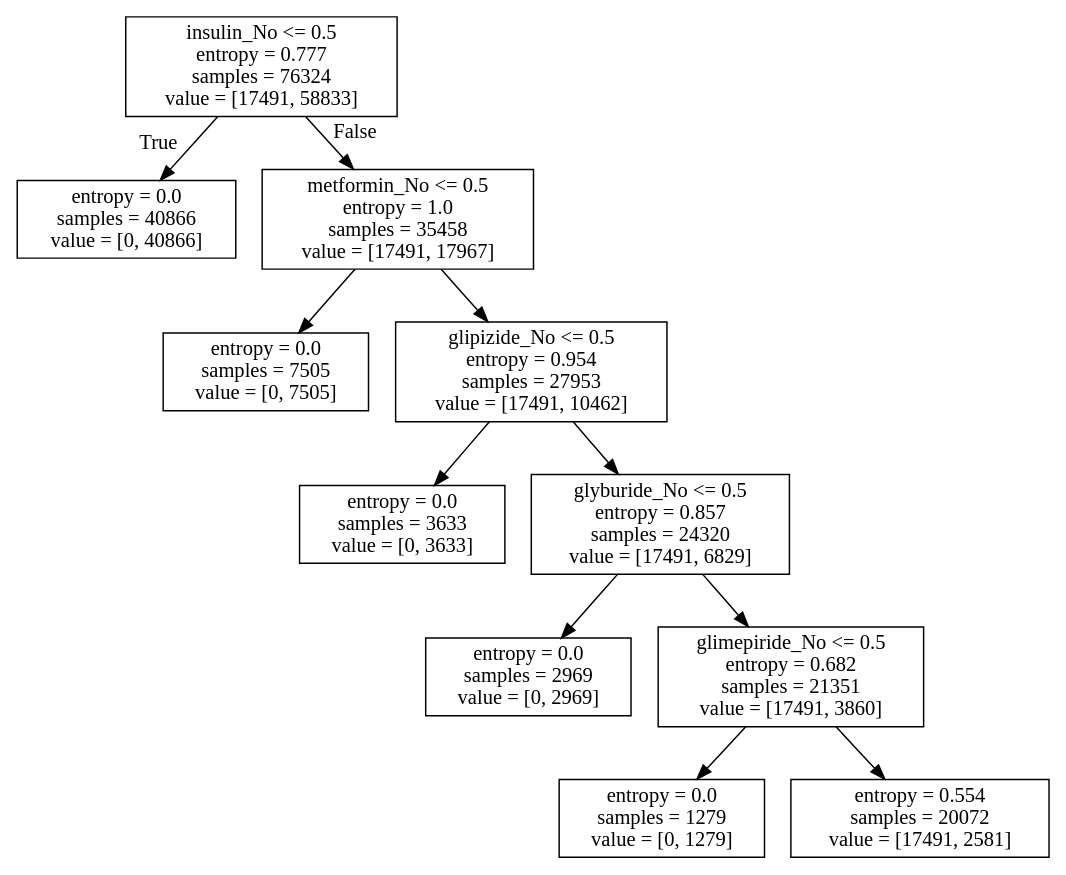
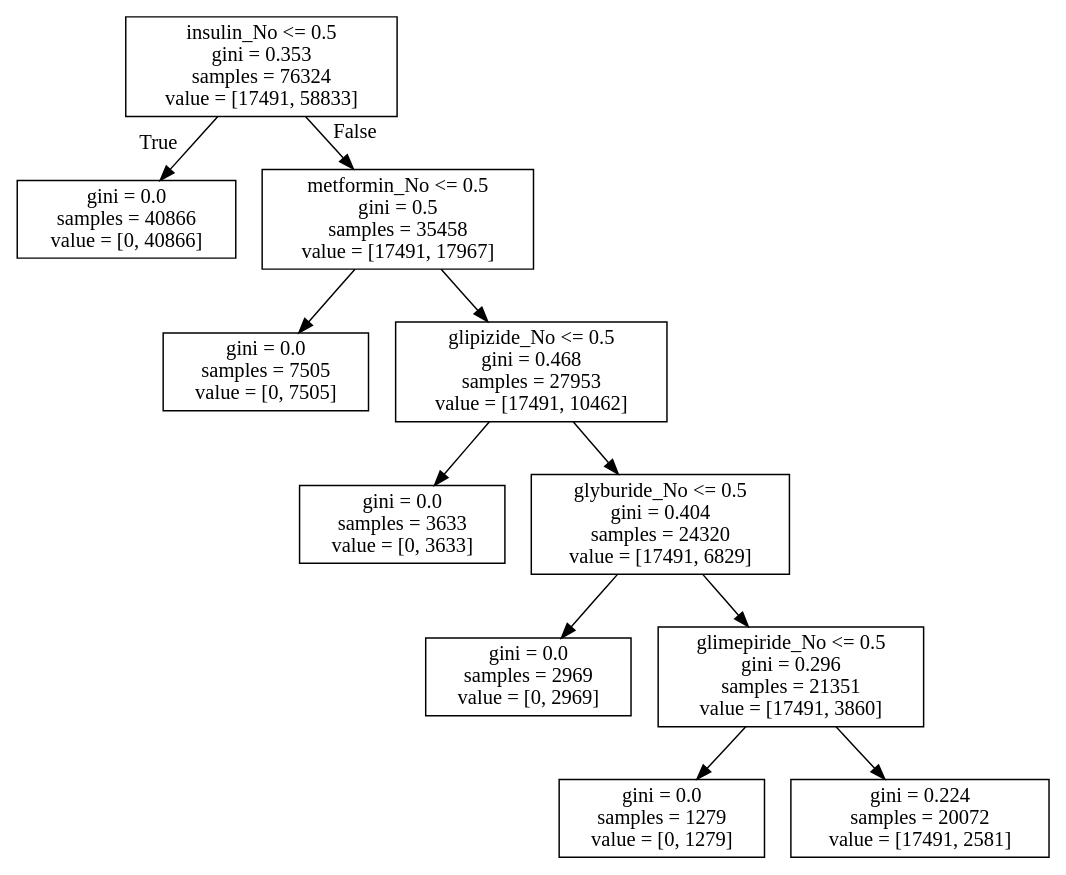
Before and after one commit to ml-medics/diabetes-ml-study: the diagram in diabetes.dot, drawn with Graphviz. The commit also changed 8 other files, not shown here.

```diff
--- a/diabetes.dot
+++ b/diabetes.dot
@@ -1,24 +1,24 @@
 digraph Tree {
 node [shape=box] ;
-0 [label="insulin_No <= 0.5\nentropy = 0.777\nsamples = 76324\nvalue = [17491, 58833]"] ;
-1 [label="entropy = 0.0\nsamples = 40866\nvalue = [0, 40866]"] ;
+0 [label="insulin_No <= 0.5\ngini = 0.353\nsamples = 76324\nvalue = [17491, 58833]"] ;
+1 [label="gini = 0.0\nsamples = 40866\nvalue = [0, 40866]"] ;
 0 -> 1 [labeldistance=2.5, labelangle=45, headlabel="True"] ;
-2 [label="metformin_No <= 0.5\nentropy = 1.0\nsamples = 35458\nvalue = [17491, 17967]"] ;
+2 [label="metformin_No <= 0.5\ngini = 0.5\nsamples = 35458\nvalue = [17491, 17967]"] ;
 0 -> 2 [labeldistance=2.5, labelangle=-45, headlabel="False"] ;
-3 [label="entropy = 0.0\nsamples = 7505\nvalue = [0, 7505]"] ;
+3 [label="gini = 0.0\nsamples = 7505\nvalue = [0, 7505]"] ;
 2 -> 3 ;
-4 [label="glipizide_No <= 0.5\nentropy = 0.954\nsamples = 27953\nvalue = [17491, 10462]"] ;
+4 [label="glipizide_No <= 0.5\ngini = 0.468\nsamples = 27953\nvalue = [17491, 10462]"] ;
 2 -> 4 ;
-5 [label="entropy = 0.0\nsamples = 3633\nvalue = [0, 3633]"] ;
+5 [label="gini = 0.0\nsamples = 3633\nvalue = [0, 3633]"] ;
 4 -> 5 ;
-6 [label="glyburide_No <= 0.5\nentropy = 0.857\nsamples = 24320\nvalue = [17491, 6829]"] ;
+6 [label="glyburide_No <= 0.5\ngini = 0.404\nsamples = 24320\nvalue = [17491, 6829]"] ;
 4 -> 6 ;
-7 [label="entropy = 0.0\nsamples = 2969\nvalue = [0, 2969]"] ;
+7 [label="gini = 0.0\nsamples = 2969\nvalue = [0, 2969]"] ;
 6 -> 7 ;
-8 [label="glimepiride_No <= 0.5\nentropy = 0.682\nsamples = 21351\nvalue = [17491, 3860]"] ;
+8 [label="glimepiride_No <= 0.5\ngini = 0.296\nsamples = 21351\nvalue = [17491, 3860]"] ;
 6 -> 8 ;
-9 [label="entropy = 0.0\nsamples = 1279\nvalue = [0, 1279]"] ;
+9 [label="gini = 0.0\nsamples = 1279\nvalue = [0, 1279]"] ;
 8 -> 9 ;
-10 [label="entropy = 0.554\nsamples = 20072\nvalue = [17491, 2581]"] ;
+10 [label="gini = 0.224\nsamples = 20072\nvalue = [17491, 2581]"] ;
 8 -> 10 ;
 }
```
